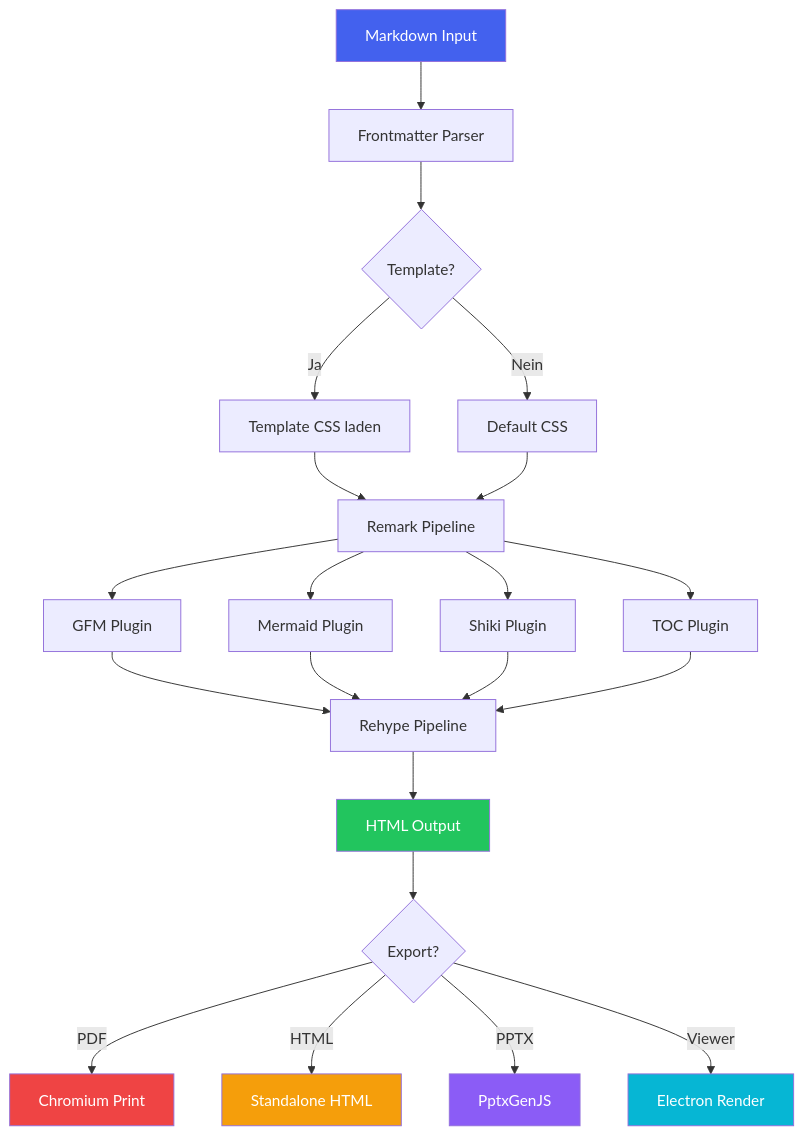
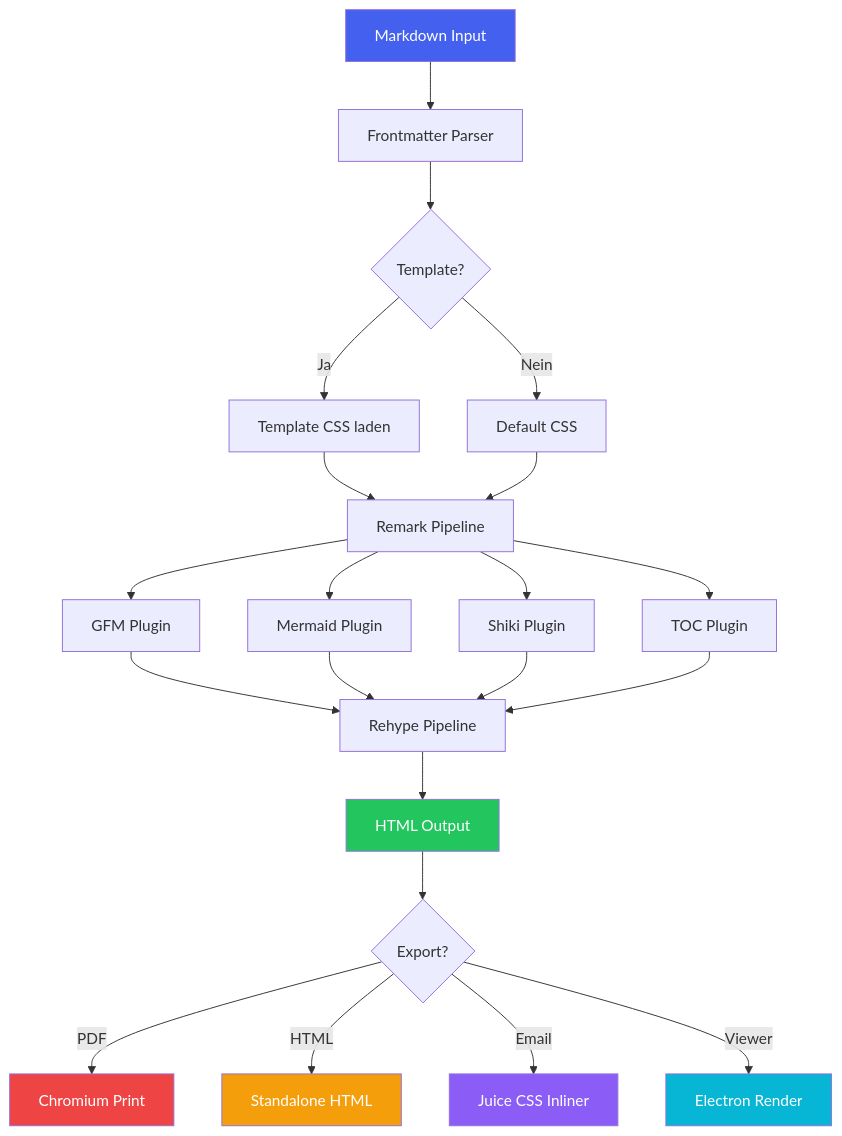
The first of 10 diagrams in TEST_VIEWER.md (MrDewitt88/MarkView), drawn with Mermaid before and after one commit. The commit also changed other lines of this file and 13 other files, not shown here.

````diff
--- a/TEST_VIEWER.md
+++ b/TEST_VIEWER.md
@@ -543,30 +554,30 @@
 ```mermaid
 flowchart TD
     A[Markdown Input] --> B[Frontmatter Parser]
     B --> C{Template?}
     C -->|Ja| D[Template CSS laden]
     C -->|Nein| E[Default CSS]
     D --> F[Remark Pipeline]
     E --> F
     F --> G[GFM Plugin]
     F --> H[Mermaid Plugin]
     F --> I[Shiki Plugin]
     F --> J[TOC Plugin]
     G --> K[Rehype Pipeline]
     H --> K
     I --> K
     J --> K
     K --> L[HTML Output]
     L --> M{Export?}
     M -->|PDF| N[Chromium Print]
     M -->|HTML| O[Standalone HTML]
-    M -->|PPTX| P[PptxGenJS]
+    M -->|Email| P[Juice CSS Inliner]
     M -->|Viewer| Q[Electron Render]
 
     style A fill:#4361ee,color:#fff
     style L fill:#22c55e,color:#fff
     style N fill:#ef4444,color:#fff
     style O fill:#f59e0b,color:#fff
     style P fill:#8b5cf6,color:#fff
     style Q fill:#06b6d4,color:#fff
 ```
````
